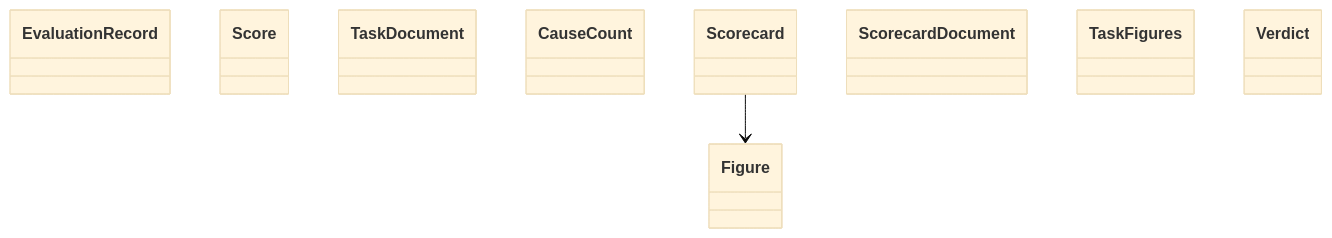
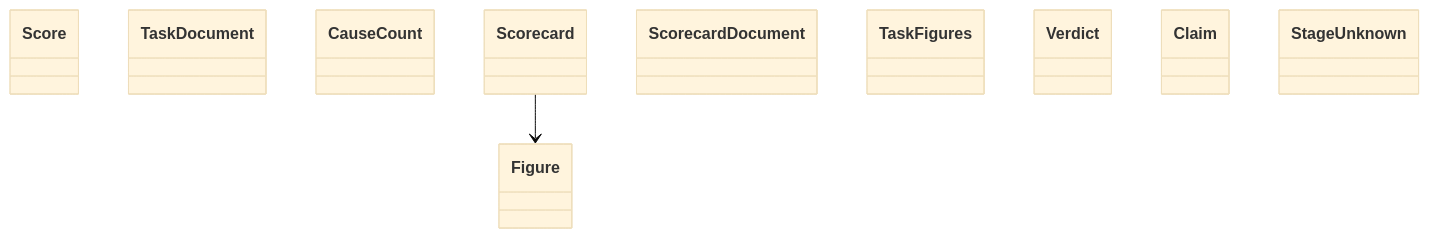
One commit to GonzaloZevallos/agentic-system changed the diagram in docs/architecture/generated/classes-measurement-domain-scorecard-2.md. Above: the diagram before and after it, drawn with Mermaid (base theme). The commit also changed 9 other files, not shown here.

````diff
--- a/docs/architecture/generated/classes-measurement-domain-scorecard-2.md
+++ b/docs/architecture/generated/classes-measurement-domain-scorecard-2.md
@@ -9,13 +9,14 @@
 ```mermaid
 classDiagram
-    class evaluation__EvaluationRecord["EvaluationRecord"]
     class evaluation__Score["Score"]
     class evaluation__TaskDocument["TaskDocument"]
     class scorecard__CauseCount["CauseCount"]
     class scorecard__Figure["Figure"]
     class scorecard__Scorecard["Scorecard"]
     class scorecard__ScorecardDocument["ScorecardDocument"]
     class scorecard__TaskFigures["TaskFigures"]
     class scorecard__Verdict["Verdict"]
+    class stages__Claim["Claim"]
+    class stages__StageUnknown["StageUnknown"]
     scorecard__Scorecard --> scorecard__Figure
 ```
````
